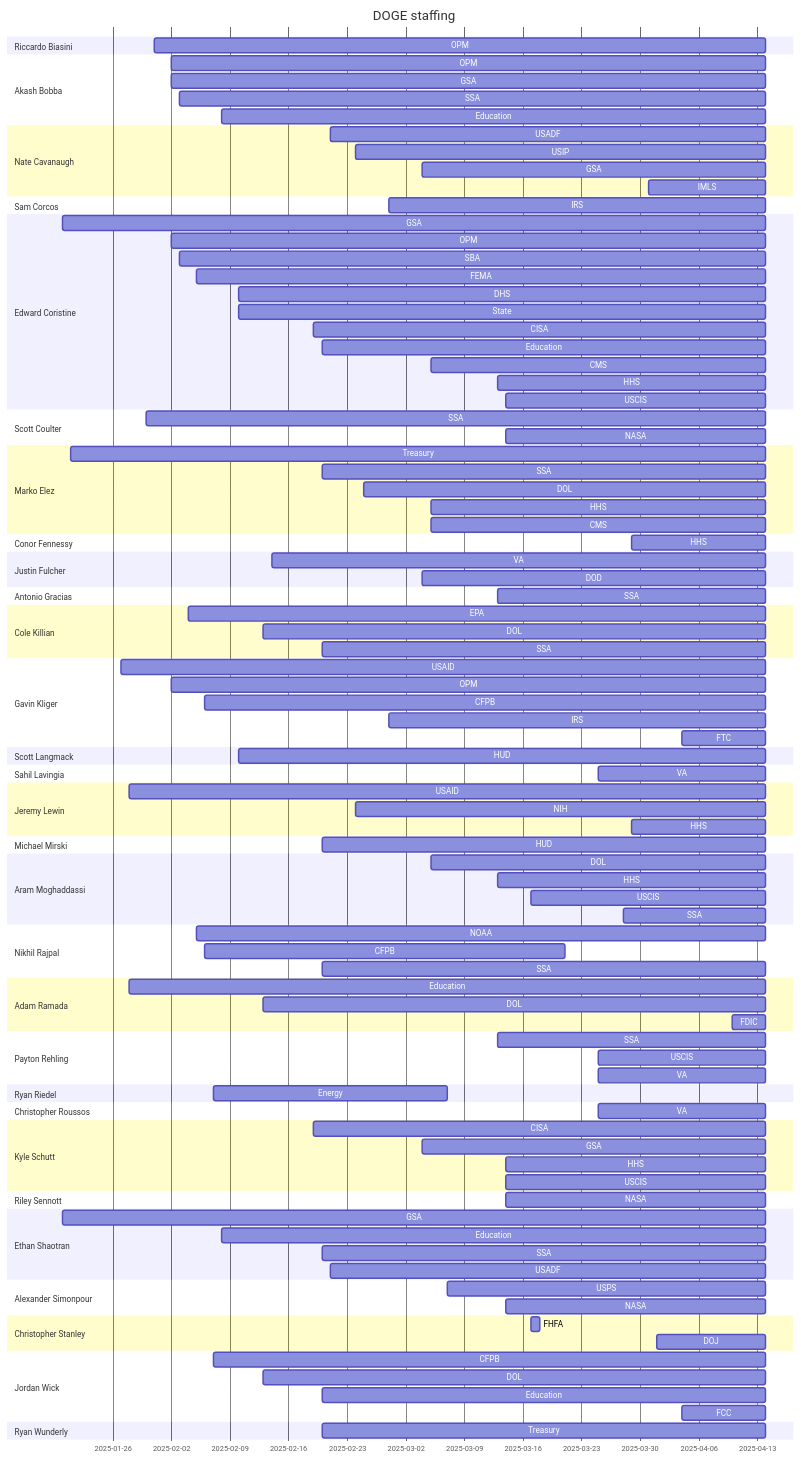
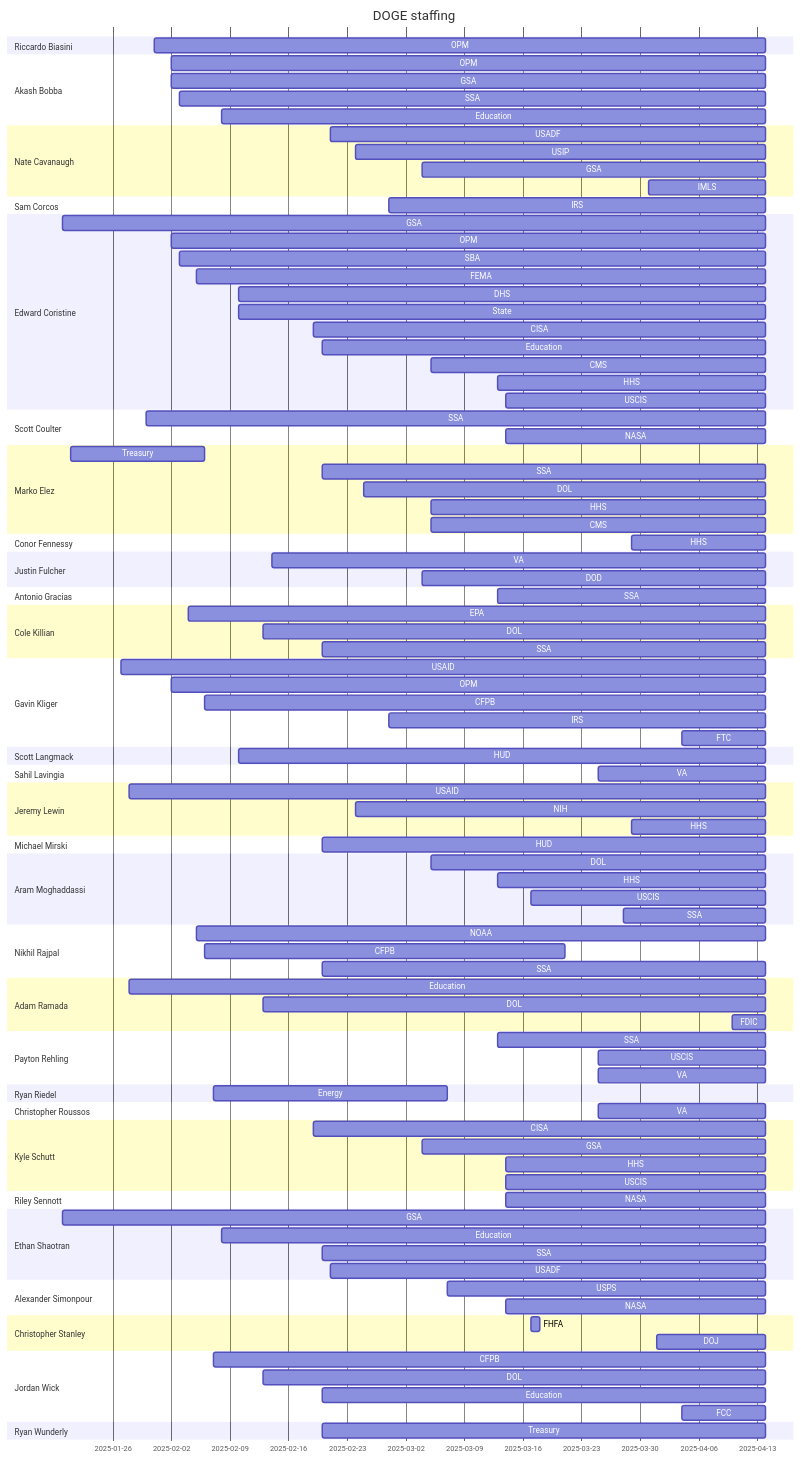
The diagram in it_modernization/staffing_chart.md (harrisj/trump_data), drawn with Mermaid before and after one commit. The commit also changed 1 other file, not shown here.

Commit message:
Fixing Marko Elez offboarding

```diff
--- a/it_modernization/staffing_chart.md
+++ b/it_modernization/staffing_chart.md
@@ -32,7 +32,7 @@
         SSA : 2025-01-30, 2025-04-14
         NASA : 2025-03-14, 2025-04-14
     section Marko Elez
-        Treasury : 2025-01-21, 2025-04-14
+        Treasury : 2025-01-21, 2025-02-06
         SSA : 2025-02-20, 2025-04-14
         DOL : 2025-02-25, 2025-04-14
         HHS : 2025-03-05, 2025-04-14
```
